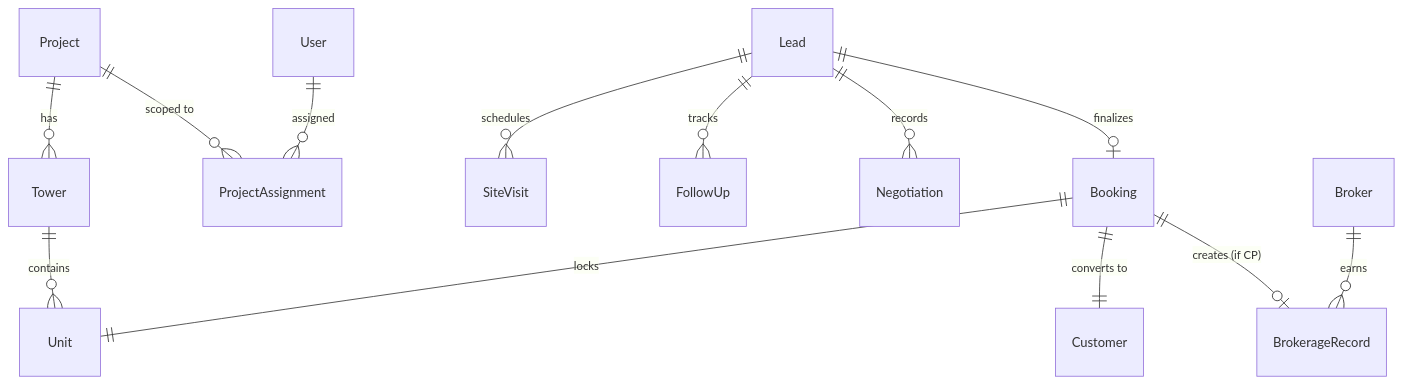
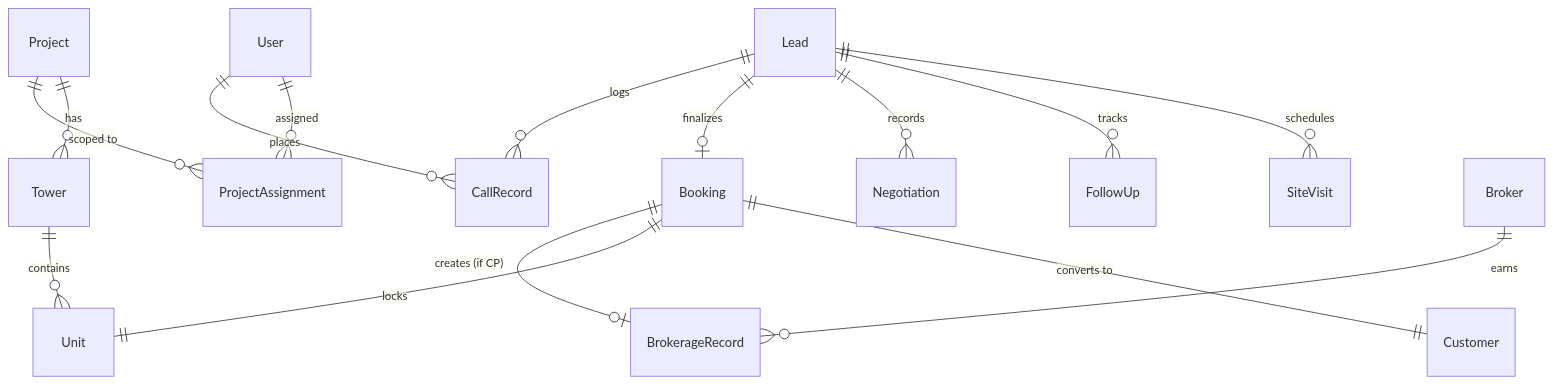
The diagram in docs/developer/database.mdx (krishna2707/BrokerOS), drawn with Mermaid before and after one commit. The commit also changed other lines of this file and 4 other files, not shown here.

First line of the commit message:
docs(system): document departmental WhatsApp inbox, CrmTelephonyConfig schema, and webhooks

````diff
--- a/docs/developer/database.mdx
+++ b/docs/developer/database.mdx
@@ -40,17 +40,19 @@
 ```mermaid
 erDiagram
     Project ||--o{ Tower : "has"
     Tower ||--o{ Unit : "contains"
     Project ||--o{ ProjectAssignment : "scoped to"
     User ||--o{ ProjectAssignment : "assigned"
     
     Lead ||--o{ SiteVisit : "schedules"
     Lead ||--o{ FollowUp : "tracks"
     Lead ||--o{ Negotiation : "records"
     Lead ||--o| Booking : "finalizes"
+    Lead ||--o{ CallRecord : "logs"
+    User ||--o{ CallRecord : "places"
     
     Booking ||--|| Customer : "converts to"
     Booking ||--|| Unit : "locks"
     Booking ||--o| BrokerageRecord : "creates (if CP)"
     Broker ||--o{ BrokerageRecord : "earns"
 ```
````
